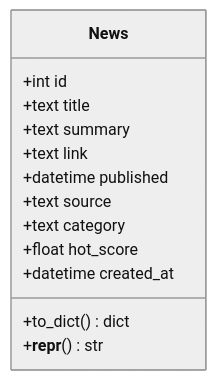
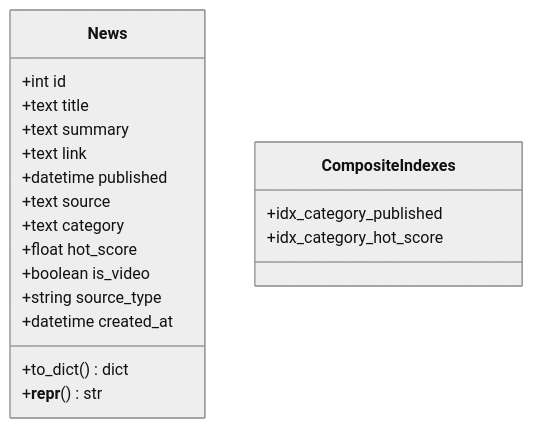
Before and after one commit to zbw-zbw/news-aggregator: the third of 5 diagrams in .qoder/repowiki/en/content/Database Schema Design.md, drawn with Mermaid (neutral theme). The commit also changed other lines of this file and 9 other files, not shown here.

````diff
--- a/.qoder/repowiki/en/content/Database Schema Design.md
+++ b/.qoder/repowiki/en/content/Database Schema Design.md
@@ -114,16 +129,22 @@
 ```mermaid
 classDiagram
 class News {
 +int id
 +text title
 +text summary
 +text link
 +datetime published
 +text source
 +text category
 +float hot_score
++boolean is_video
++string source_type
 +datetime created_at
 +to_dict() dict
 +__repr__() str
 }
+class CompositeIndexes {
++idx_category_published
++idx_category_hot_score
+}
 ```
````
